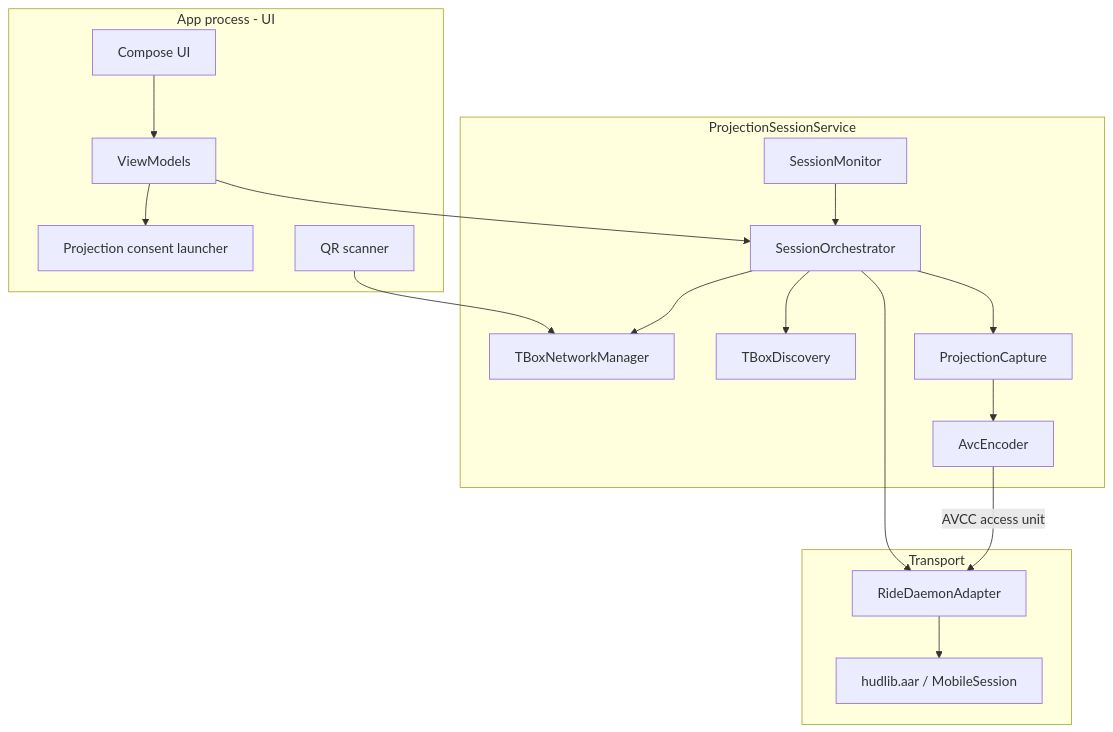
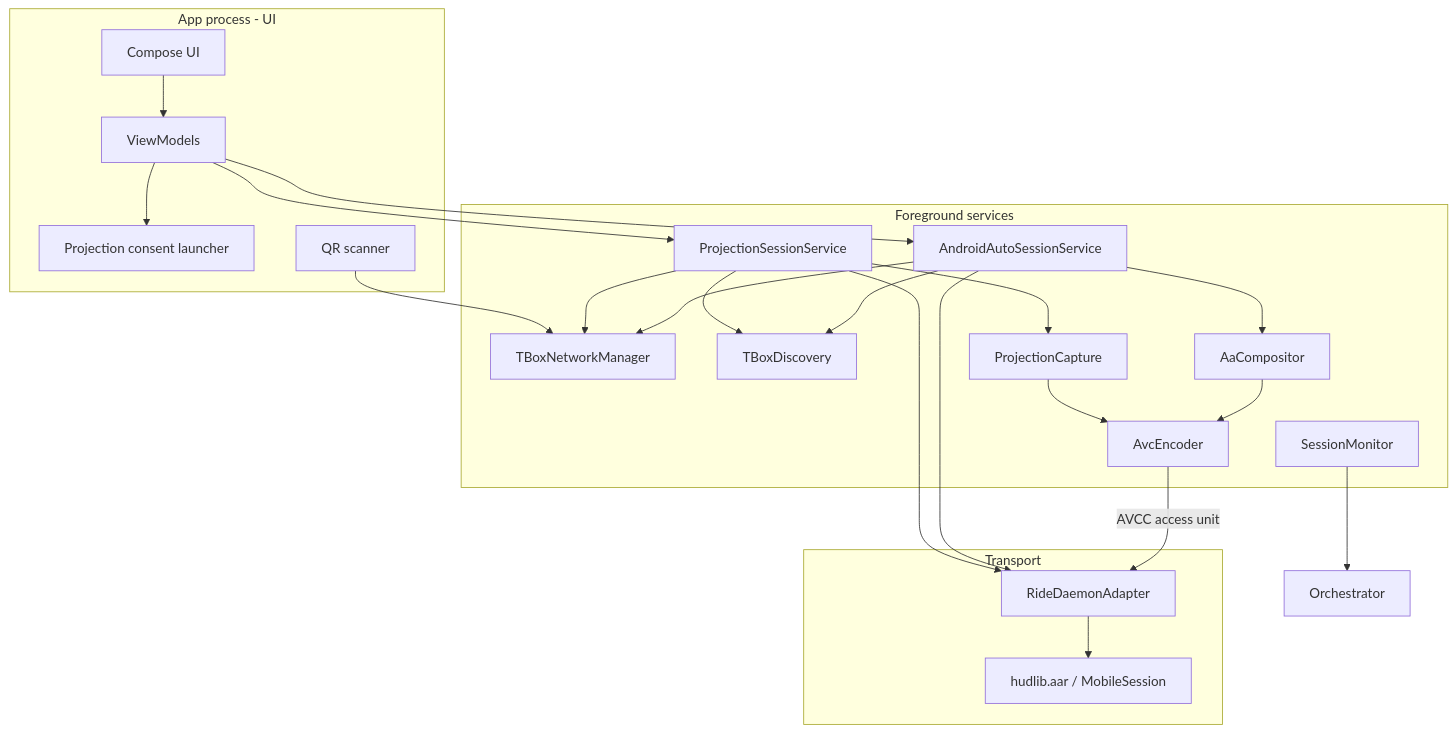
One commit to vincenzobpt/MOTO-HUB changed the second of 4 diagrams in documentation/ARCHITECTURE.md. Above: the diagram before and after it, drawn with Mermaid. The commit also changed other lines of this file and 283 other files, not shown here.

````diff
--- a/documentation/ARCHITECTURE.md
+++ b/documentation/ARCHITECTURE.md
@@ -33,36 +35,44 @@
 ```mermaid
 flowchart TB
     subgraph UI["App process - UI"]
         Compose["Compose UI"]
         VM["ViewModels"]
         Consent["Projection consent launcher"]
         QR["QR scanner"]
     end
 
-    subgraph Service["ProjectionSessionService"]
-        Orchestrator["SessionOrchestrator"]
+    subgraph Service["Foreground services"]
+        Projection["ProjectionSessionService"]
+        AndroidAuto["AndroidAutoSessionService"]
         Network["TBoxNetworkManager"]
         Discovery["TBoxDiscovery"]
         Capture["ProjectionCapture"]
+        Compositor["AaCompositor"]
         Encoder["AvcEncoder"]
         Monitor["SessionMonitor"]
     end
 
     subgraph Native["Transport"]
         Adapter["RideDaemonAdapter"]
         AAR["hudlib.aar / MobileSession"]
     end
 
     Compose --> VM
     VM --> Consent
-    VM --> Orchestrator
+    VM --> Projection
+    VM --> AndroidAuto
     QR --> Network
-    Orchestrator --> Network
-    Orchestrator --> Discovery
-    Orchestrator --> Adapter
-    Orchestrator --> Capture
+    Projection --> Network
+    AndroidAuto --> Network
+    Projection --> Discovery
+    AndroidAuto --> Discovery
+    Projection --> Adapter
+    AndroidAuto --> Adapter
+    Projection --> Capture
+    AndroidAuto --> Compositor
     Capture --> Encoder
+    Compositor --> Encoder
     Encoder -->|"AVCC access unit"| Adapter
     Adapter --> AAR
     Monitor --> Orchestrator
 ```
````
